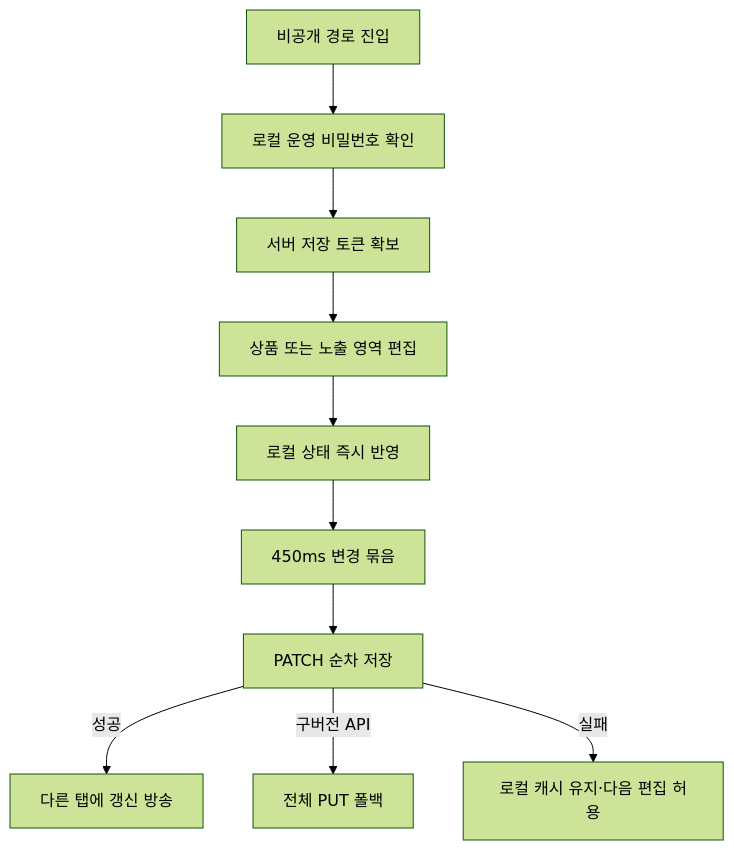
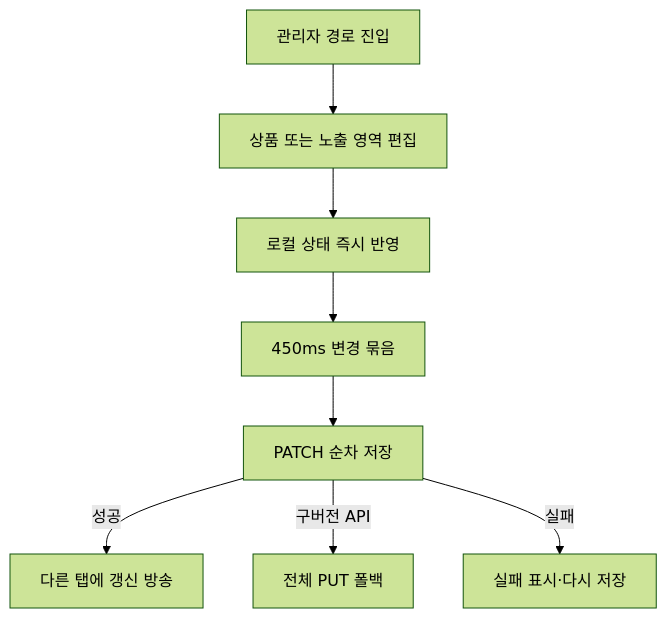
One commit to hwangsanghan0519/blog changed the second of 13 diagrams in README.md. Above: the diagram before and after it, drawn with Mermaid (forest theme). The commit also changed other lines of this file and 16 other files, not shown here.

````diff
--- a/README.md
+++ b/README.md
@@ -93,12 +93,10 @@
 ```mermaid
 flowchart TD
-  A[비공개 경로 진입] --> B[로컬 운영 비밀번호 확인]
-  B --> C[서버 저장 토큰 확보]
-  C --> D[상품 또는 노출 영역 편집]
+  A[관리자 경로 진입] --> D[상품 또는 노출 영역 편집]
   D --> E[로컬 상태 즉시 반영]
   E --> F[450ms 변경 묶음]
   F --> G[PATCH 순차 저장]
   G -->|성공| H[다른 탭에 갱신 방송]
   G -->|구버전 API| I[전체 PUT 폴백]
-  G -->|실패| J[로컬 캐시 유지·다음 편집 허용]
+  G -->|실패| J[실패 표시·다시 저장]
 ```
````
